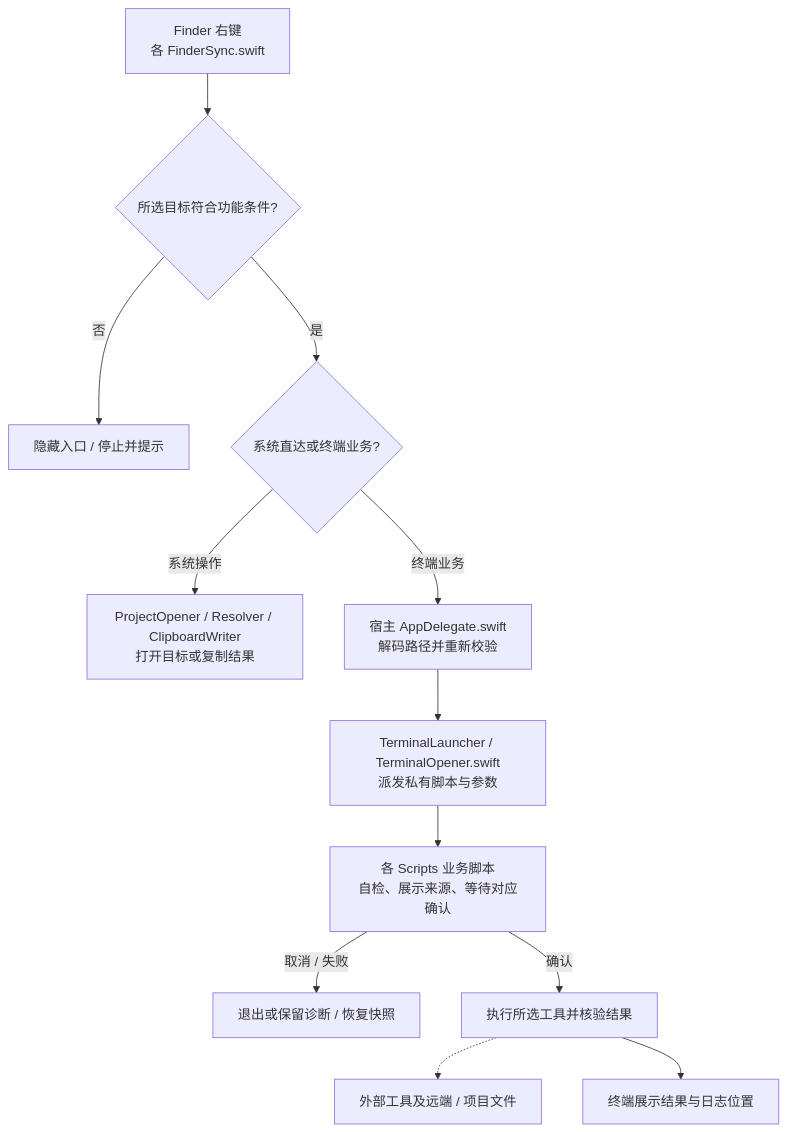
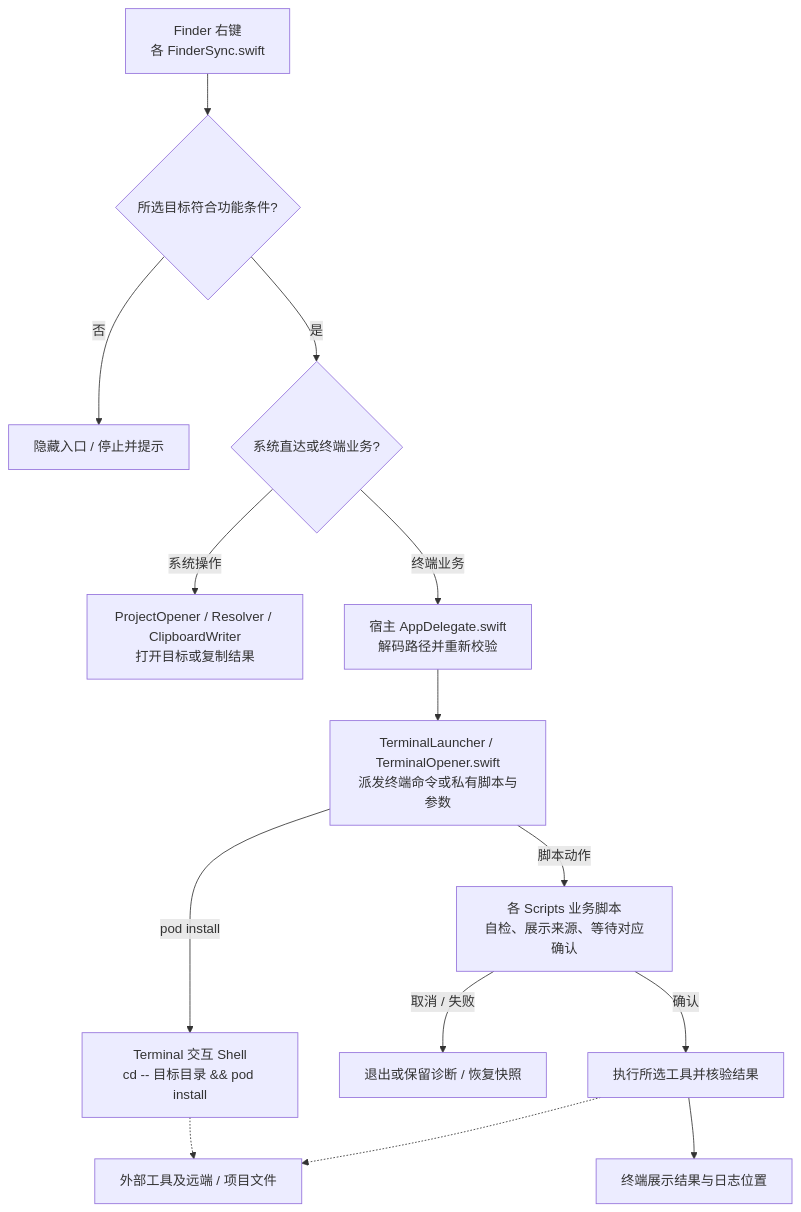
Before and after one commit to JobsKits/MacOS_Extension: the second of 4 diagrams in README.md, drawn with Mermaid. The commit also changed other lines of this file and 269 other files, not shown here.

````diff
--- a/README.md
+++ b/README.md
@@ -432,14 +360,16 @@
 ```mermaid
 flowchart TD
     A["Finder 右键<br/>各 FinderSync.swift"] --> B{"所选目标符合功能条件?"}
     B -->|否| C["隐藏入口 / 停止并提示"]
     B -->|是| D{"系统直达或终端业务?"}
     D -->|系统操作| E["ProjectOpener / Resolver / ClipboardWriter<br/>打开目标或复制结果"]
     D -->|终端业务| F["宿主 AppDelegate.swift<br/>解码路径并重新校验"]
-    F --> G["TerminalLauncher / TerminalOpener.swift<br/>派发私有脚本与参数"]
-    G --> H["各 Scripts 业务脚本<br/>自检、展示来源、等待对应确认"]
+    F --> G["TerminalLauncher / TerminalOpener.swift<br/>派发终端命令或私有脚本与参数"]
+    G -->|pod install| P["Terminal 交互 Shell<br/>cd -- 目标目录 && pod install"]
+    P -.-> K
+    G -->|脚本动作| H["各 Scripts 业务脚本<br/>自检、展示来源、等待对应确认"]
     H -->|取消 / 失败| I["退出或保留诊断 / 恢复快照"]
     H -->|确认| J["执行所选工具并核验结果"]
     J -.-> K["外部工具及远端 / 项目文件"]
     J --> L["终端展示结果与日志位置"]
 ```
````
